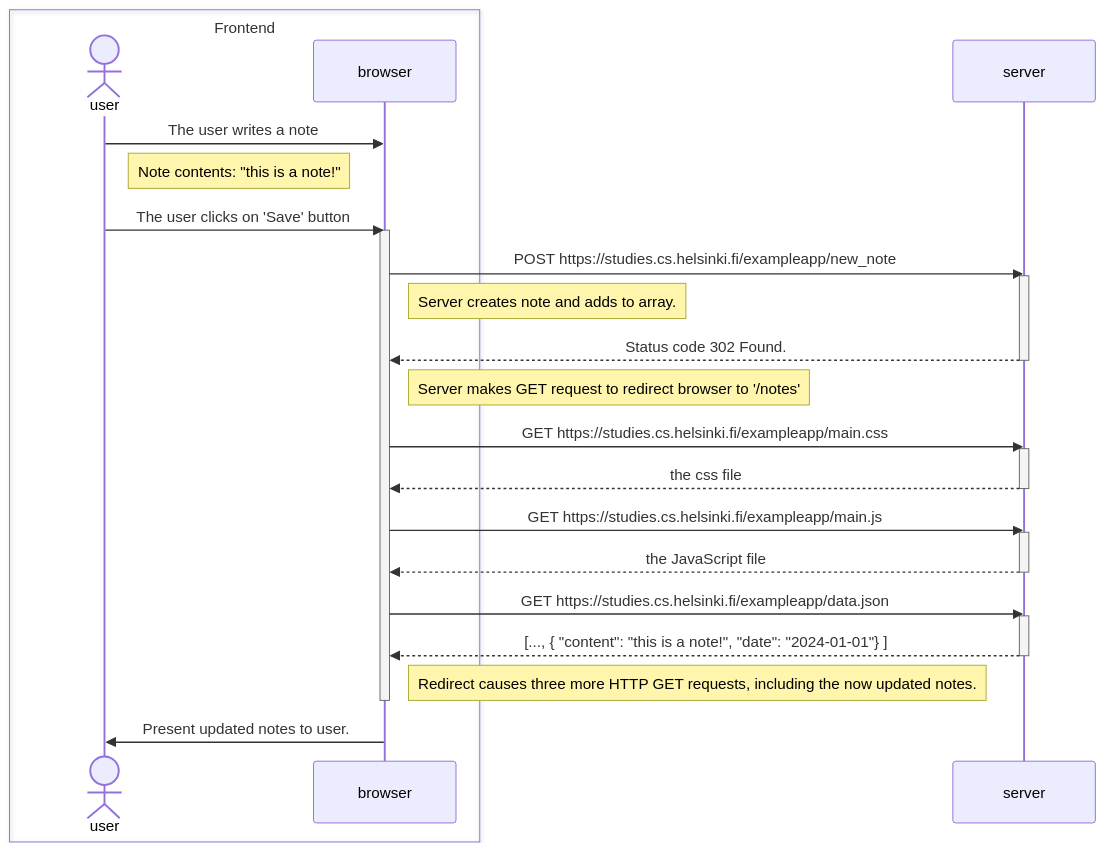
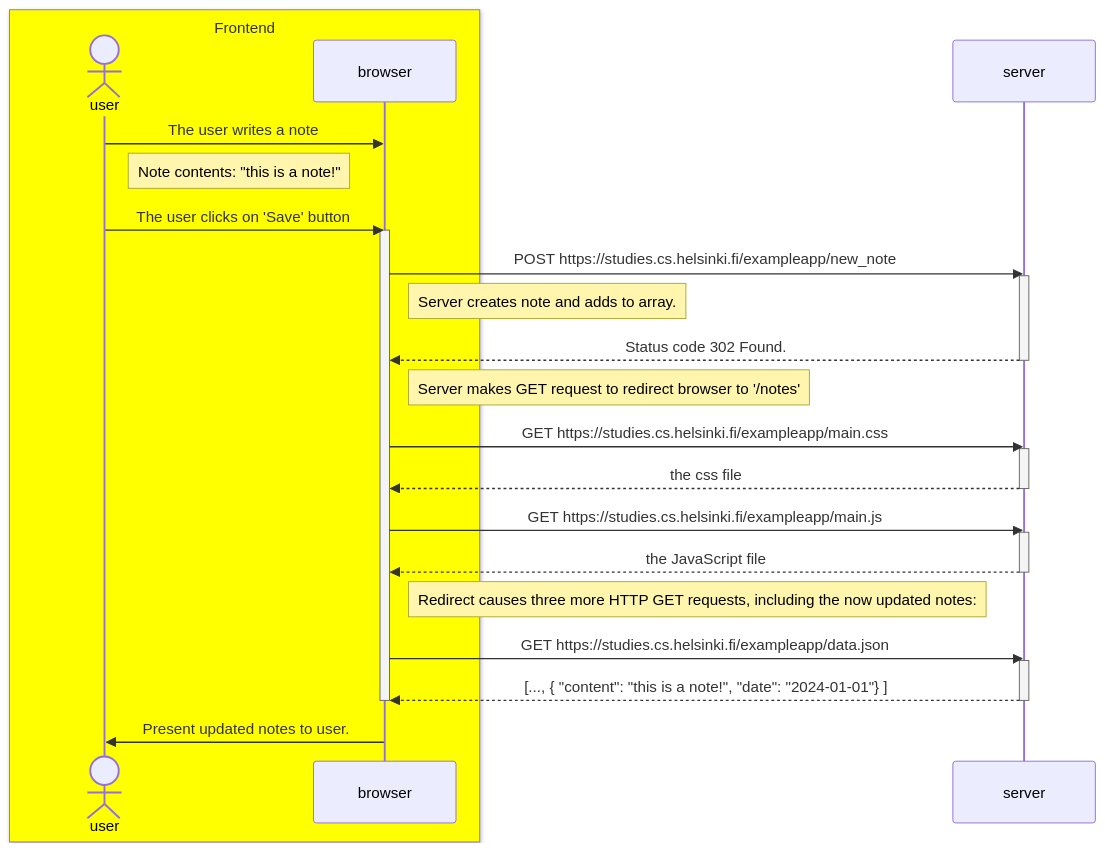
One commit to Nullim/fullstack-open changed the diagram in part0/newnotediagram.md. Above: the diagram before and after it, drawn with Mermaid.

Commit message:
Adds final touches to note diagram

````diff
--- a/part0/newnotediagram.md
+++ b/part0/newnotediagram.md
@@ -1,45 +1,45 @@
 ```mermaid
 sequenceDiagram
-  box Frontend
+  box Yellow Frontend
   actor user
   participant browser
   end
   participant server
 
   user->>browser: The user writes a note
 
   Note right of user: Note contents: "this is a note!"
 
   user->>browser: The user clicks on 'Save' button
   activate browser
   browser->>server: POST https://studies.cs.helsinki.fi/exampleapp/new_note
   activate server
 
   Note right of browser: Server creates note and adds to array.
 
   server-->>browser: Status code 302 Found.
   deactivate server
 
   Note right of browser: Server makes GET request to redirect browser to '/notes'
 
 
   browser->>server: GET https://studies.cs.helsinki.fi/exampleapp/main.css
   activate server
   server-->>browser: the css file
   deactivate server
 
   browser->>server: GET https://studies.cs.helsinki.fi/exampleapp/main.js
   activate server
   server-->>browser: the JavaScript file
   deactivate server
 
+  Note right of browser: Redirect causes three more HTTP GET requests, including the now updated notes:
+
   browser->>server: GET https://studies.cs.helsinki.fi/exampleapp/data.json
   activate server
   server-->>browser: [..., { "content": "this is a note!", "date": "2024-01-01"} ]
   deactivate server
-  
-  Note right of browser: Redirect causes three more HTTP GET requests, including the now updated notes.
 
   deactivate browser
   browser->>user: Present updated notes to user.
 ```
````
